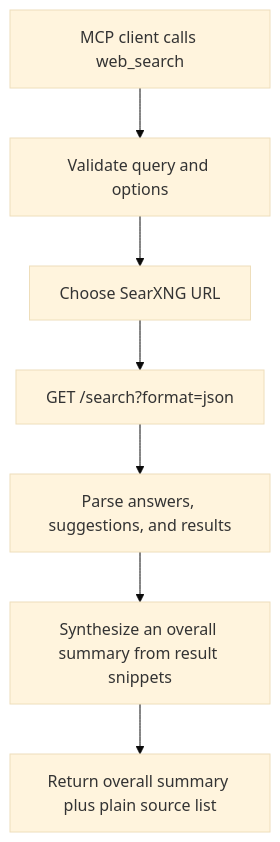
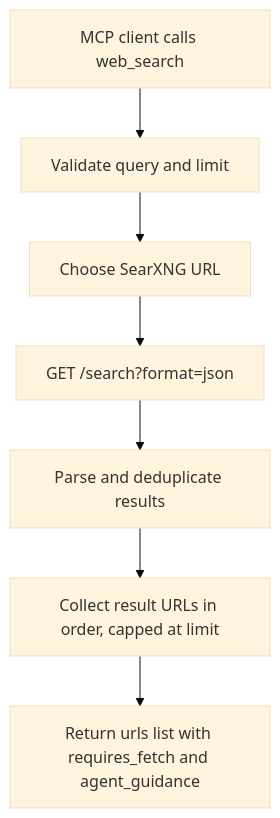
The diagram in docs/web_search.md (mymacmeet-crypto/local-mcp), drawn with Mermaid (base theme) before and after one commit. The commit also changed other lines of this file and 14 other files, not shown here.

First line of the commit message:
Refactor web search and fetch tools for improved clarity and functionality

````diff
--- a/docs/web_search.md
+++ b/docs/web_search.md
@@ -17,9 +15,9 @@
 ```mermaid
 flowchart TD
-    A[MCP client calls web_search] --> B[Validate query and options]
+    A[MCP client calls web_search] --> B[Validate query and limit]
     B --> C[Choose SearXNG URL]
     C --> D[GET /search?format=json]
-    D --> E[Parse answers, suggestions, and results]
-    E --> F[Synthesize an overall summary from result snippets]
-    F --> G[Return overall summary plus plain source list]
+    D --> E[Parse and deduplicate results]
+    E --> F[Collect result URLs in order, capped at limit]
+    F --> G[Return urls list with requires_fetch and agent_guidance]
 ```
````
